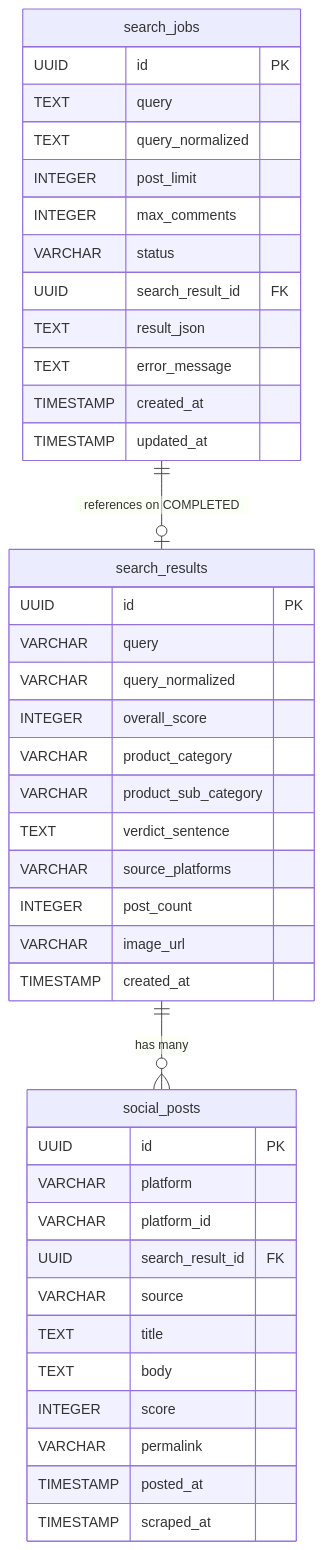
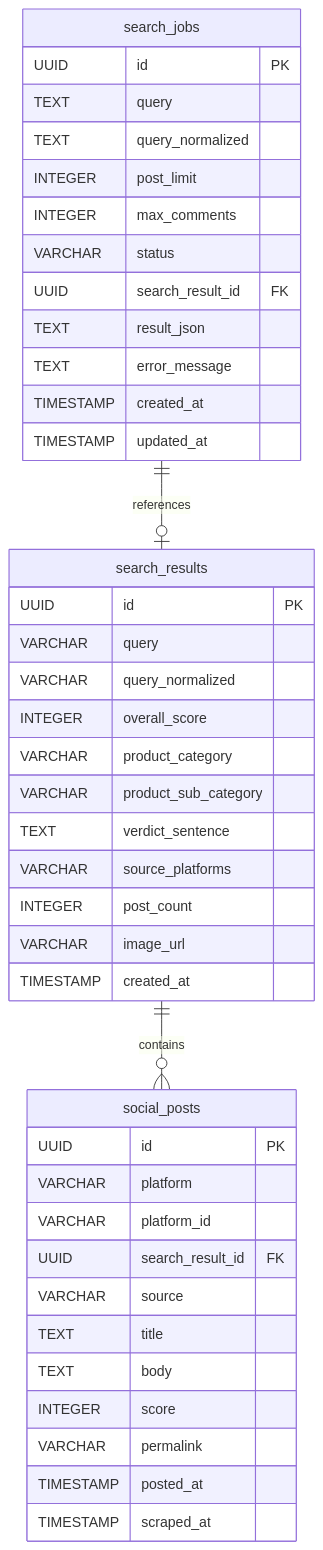
Before and after one commit to anubhavbagri/CrowdLens: the seventh of 31 diagrams in architecture.md, drawn with Mermaid. The commit also changed other lines of this file and 1 other file, not shown here.

Commit message:
fix diagrams

````diff
--- a/architecture.md
+++ b/architecture.md
@@ -281,47 +281,47 @@
 ```mermaid
 erDiagram
     search_jobs {
         UUID id PK
         TEXT query
         TEXT query_normalized
         INTEGER post_limit
         INTEGER max_comments
         VARCHAR status
         UUID search_result_id FK
         TEXT result_json
         TEXT error_message
         TIMESTAMP created_at
         TIMESTAMP updated_at
     }
 
     search_results {
         UUID id PK
         VARCHAR query
         VARCHAR query_normalized
         INTEGER overall_score
         VARCHAR product_category
         VARCHAR product_sub_category
         TEXT verdict_sentence
         VARCHAR source_platforms
         INTEGER post_count
         VARCHAR image_url
         TIMESTAMP created_at
     }
 
     social_posts {
         UUID id PK
         VARCHAR platform
         VARCHAR platform_id
         UUID search_result_id FK
         VARCHAR source
         TEXT title
         TEXT body
         INTEGER score
         VARCHAR permalink
         TIMESTAMP posted_at
         TIMESTAMP scraped_at
     }
 
-    search_jobs ||--o| search_results : "references on COMPLETED"
-    search_results ||--o{ social_posts : "has many"
+    search_jobs ||--o| search_results : references
+    search_results ||--o{ social_posts : contains
 ```
````
